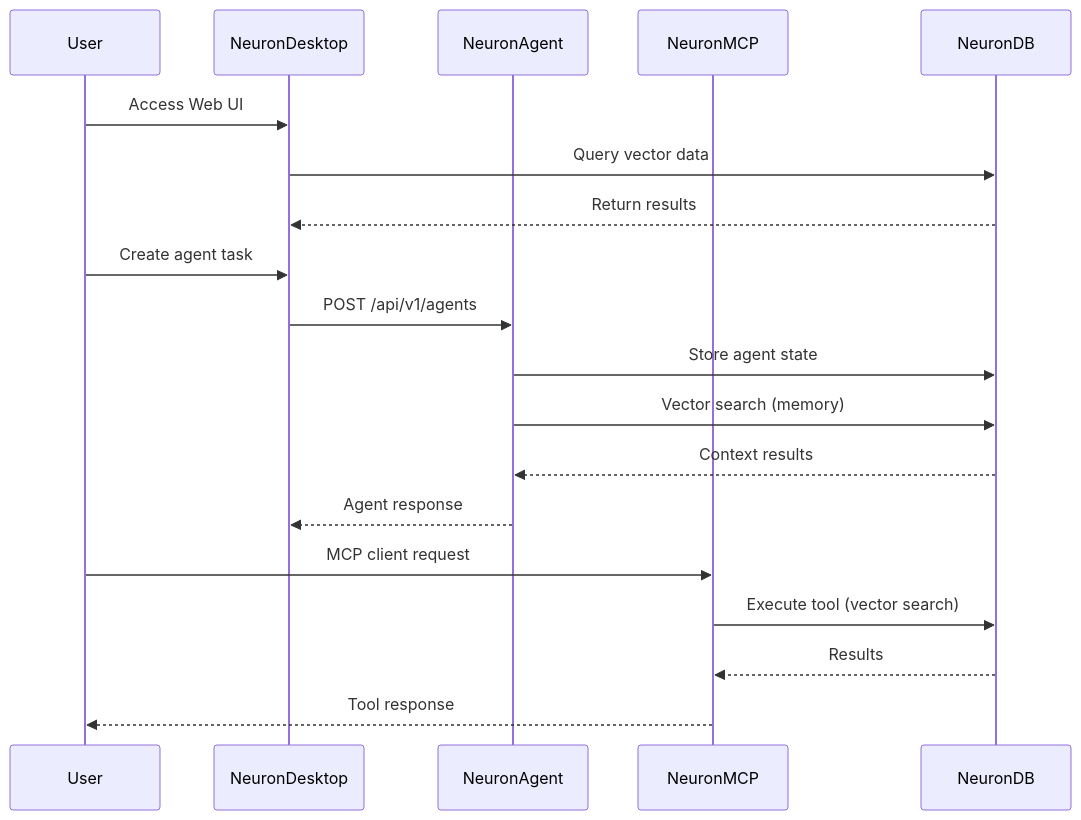
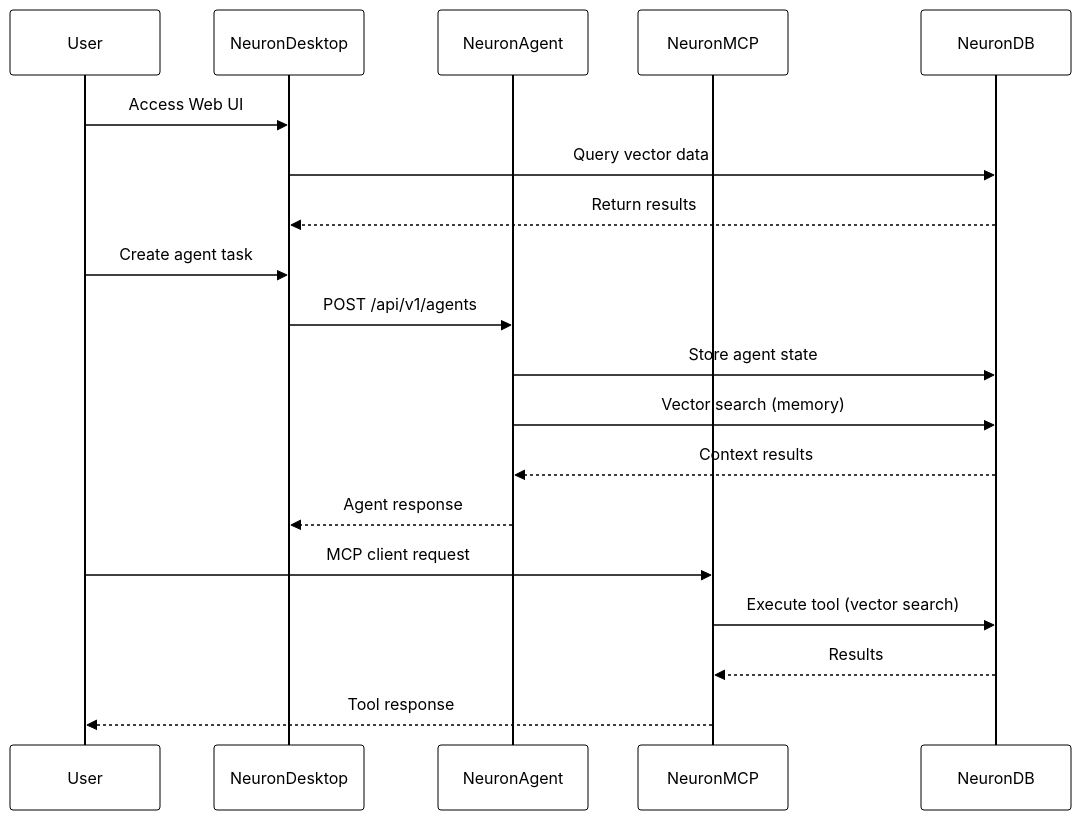
One commit to neurondb/neurondb changed the second of 2 diagrams in README.md. Above: the diagram before and after it, drawn with Mermaid. The commit also changed other lines of this file and 7 other files, not shown here.

````diff
--- a/README.md
+++ b/README.md
@@ -348,24 +348,25 @@
 ```mermaid
+%%{init: {'theme':'base', 'themeVariables': {'fontSize':'11px', 'primaryColor':'#fff', 'primaryTextColor':'#000', 'primaryBorderColor':'#000', 'lineColor':'#000', 'secondaryColor':'#fff', 'tertiaryColor':'#fff'}, 'sequence': {'actorMargin': 50, 'boxMargin': 10, 'boxTextMargin': 5, 'noteMargin': 10, 'messageMargin': 35, 'mirrorActors': true, 'bottomMarginAdj': 1, 'useMaxWidth': true, 'rightAngles': false, 'showSequenceNumbers': false}}}%%
 sequenceDiagram
     participant User
     participant Desktop as NeuronDesktop
     participant Agent as NeuronAgent
     participant MCP as NeuronMCP
     participant DB as NeuronDB
     
     User->>Desktop: Access Web UI
     Desktop->>DB: Query vector data
     DB-->>Desktop: Return results
     
     User->>Desktop: Create agent task
     Desktop->>Agent: POST /api/v1/agents
     Agent->>DB: Store agent state
     Agent->>DB: Vector search (memory)
     DB-->>Agent: Context results
     Agent-->>Desktop: Agent response
     
     User->>MCP: MCP client request
     MCP->>DB: Execute tool (vector search)
     DB-->>MCP: Results
     MCP-->>User: Tool response
 ```
````
